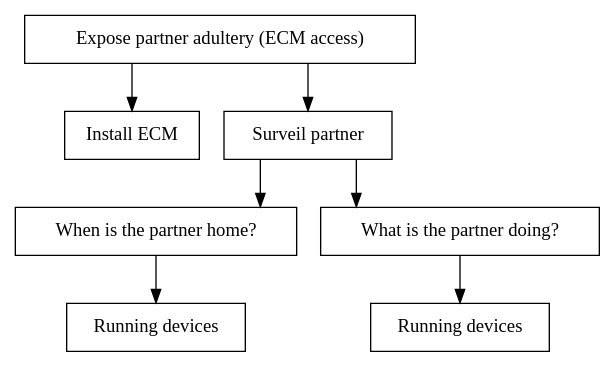
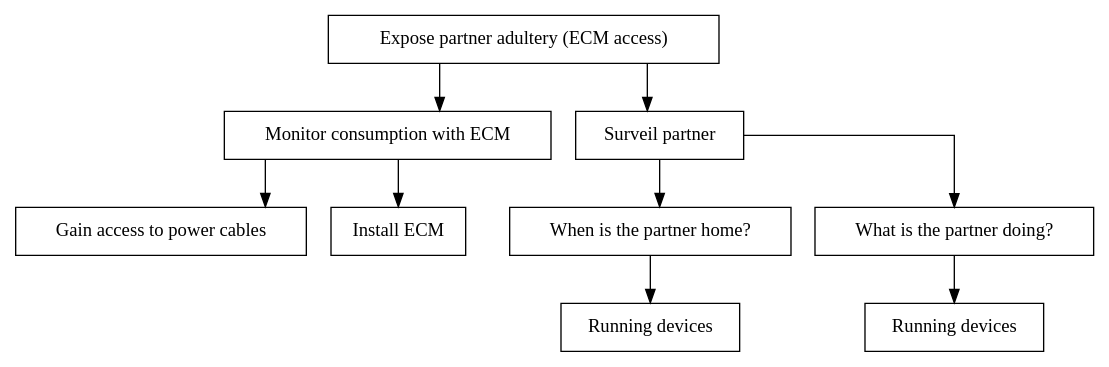
The diagram in figures/graphviz/partner_vs_consumer_ecm.dot (des904e15/report), drawn with Graphviz before and after one commit. The commit also changed 31 other files, not shown here.

```diff
--- a/figures/graphviz/partner_vs_consumer_ecm.dot
+++ b/figures/graphviz/partner_vs_consumer_ecm.dot
@@ -1,25 +1,30 @@
 digraph finite_state_machine {
   node [shape = rectangle];
   graph [splines=ortho];
 
   root[label = "Expose partner adultery (ECM access)",shape=AND];
 
-  Install_ecm[label="Install ECM"];
-  root->Install_ecm;
+  MonitorConsumption[label="Monitor consumption with ECM",shape=AND ];
+  root->MonitorConsumption;
    
+  GainAccessToPowerCables[label="Gain access to power cables"]
+  MonitorConsumption -> GainAccessToPowerCables;
+  InstallECM[label="Install ECM"];
+  MonitorConsumption -> InstallECM;
+
 
   surveil[label="Surveil partner",shape=OR];
   root->surveil;
 
     at_home[label="When is the partner home?"];
     surveil->at_home
 
       running_devices[label="Running devices"];
       at_home->running_devices;
 
     doing_what[label="What is the partner doing?"];
     surveil->doing_what;
 
       running_devices2[label="Running devices"];
       doing_what->running_devices2;
 }
```
